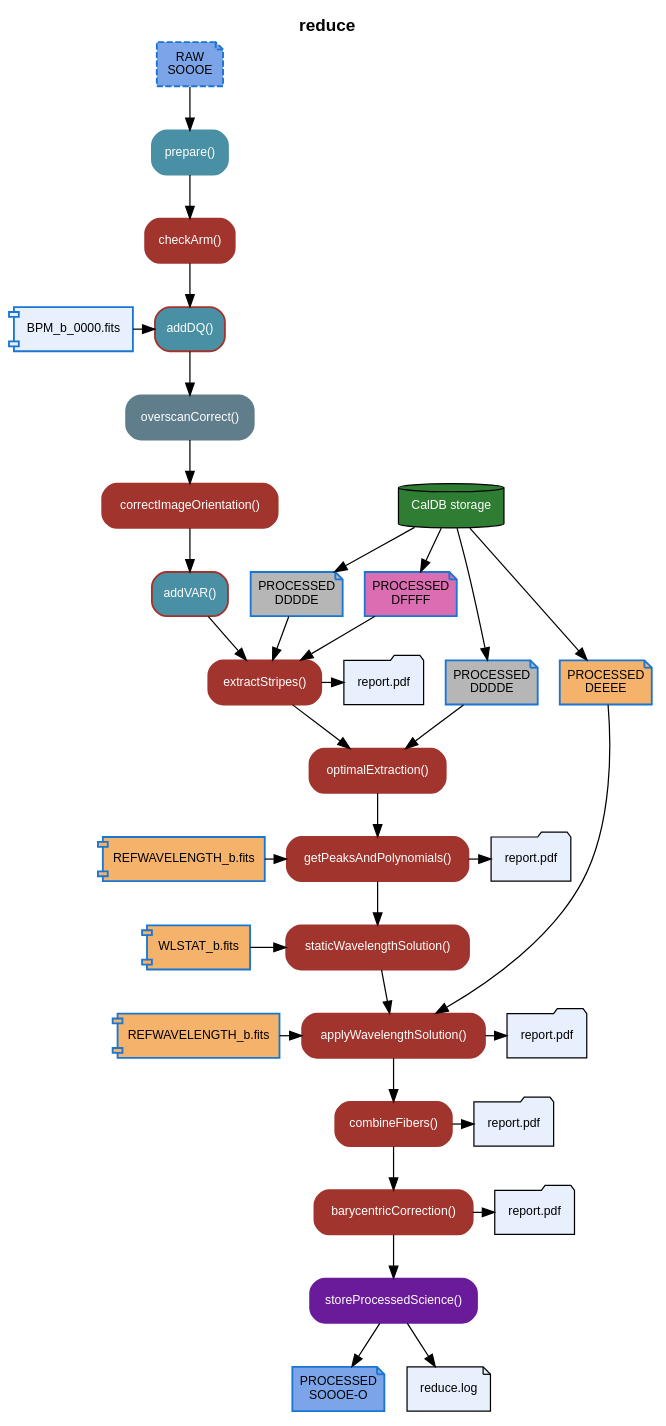
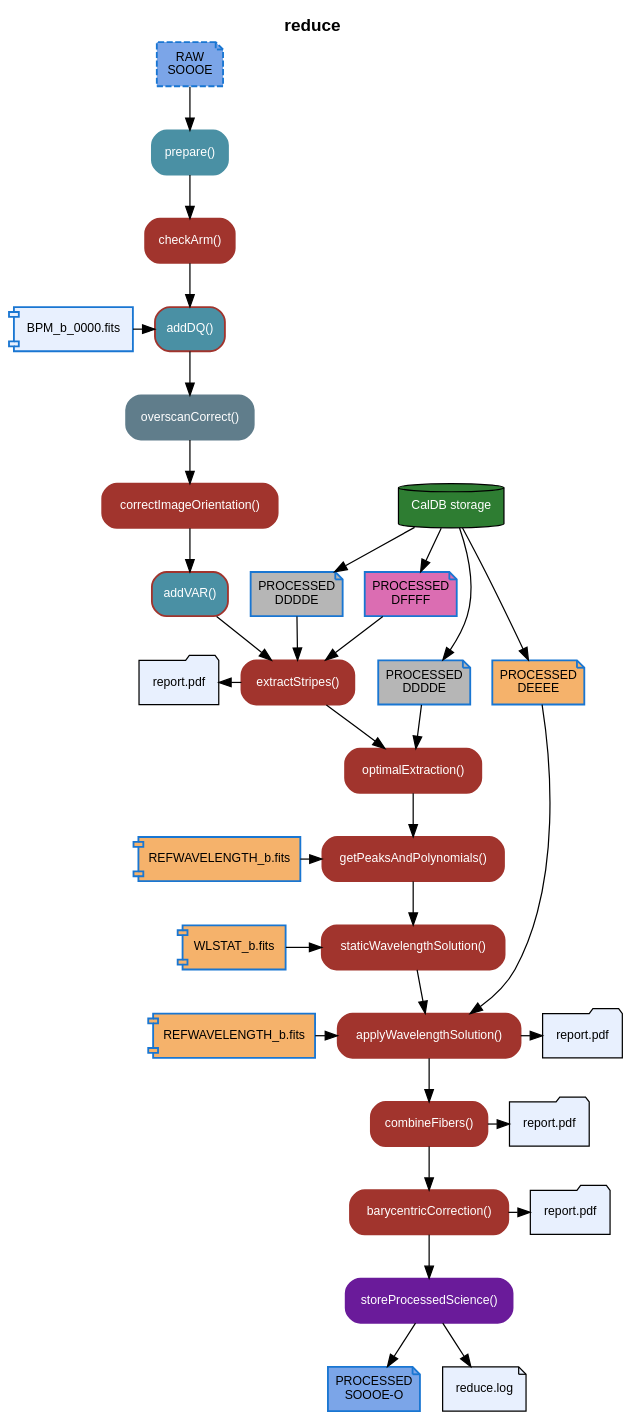
Before and after one commit to GeminiDRSoftware/MAROONXDR: the diagram in doc/progmanuals/MAROONXDR_ProgManual/flows/reduce.dot, drawn with Graphviz. The commit also changed 6 other files, not shown here.

```diff
--- a/doc/progmanuals/MAROONXDR_ProgManual/flows/reduce.dot
+++ b/doc/progmanuals/MAROONXDR_ProgManual/flows/reduce.dot
@@ -1,125 +1,123 @@
 // Flow diagram for the `reduce` recipe
 // (maroonxdr/maroonx/recipes/sq/recipes_ECHELLE_SPECT.py).
 //
 // Conventions follow flows/nodes.dot (the node catalog).
 
 digraph reduce {
     rankdir=TB;
     fontname="Helvetica";
     labelloc="t";
     label=<<b>reduce</b>>;
 
     node [fontname="Helvetica", fontsize=10];
     edge [fontname="Helvetica", fontsize=9];
 
     // =====================================================================
     // Nodes
     // =====================================================================
 
     // ---- FITS data products (note shape, arm-colored border) ------------
     node [shape=note, style=filled, fontcolor=black,
           color="#1976D2", penwidth=1.5];
 
     input [label="RAW\nSOOOE", fillcolor="#7BA5E8", style="filled,dashed"];
 
     caldb_read [label="CalDB storage",
                 shape=cylinder, fillcolor="#2E7D32",
                 fontcolor=white, color=black, penwidth=1];
 
     node [fontcolor=black];  // restore after cylinder one-off
     cal_flat         [label="PROCESSED\nDFFFF", fillcolor="#DB6DB2"];
     cal_dark_extract [label="PROCESSED\nDDDDE", fillcolor="#B6B6B6"];
     cal_dark_optimal [label="PROCESSED\nDDDDE", fillcolor="#B6B6B6"];
     cal_wavecal      [label="PROCESSED\nDEEEE", fillcolor="#F5B26B"];
 
     // ---- Lookup FITS (shipped with the package) -------------------------
     node [shape=component, style=filled];
     bpm         [label="BPM_b_0000.fits",      fillcolor="#e8f0fe"];
     refwl_peaks [label="REFWAVELENGTH_b.fits", fillcolor="#F5B26B"];
     wlstat      [label="WLSTAT_b.fits",        fillcolor="#F5B26B"];
     refwl_apply [label="REFWAVELENGTH_b.fits", fillcolor="#F5B26B"];
 
     // ---- Primitives (fill = defining class, maroon border = MX-owned) ---
     node [shape=box, style="rounded,filled", fontcolor=white];
     prepare                  [label="prepare()",                  fillcolor="#4A90A4", color="#4A90A4"];
     checkArm                 [label="checkArm()",                 fillcolor="#A1342D", color="#A1342D"];
     addDQ                    [label="addDQ()",                    fillcolor="#4A90A4", color="#A1342D"];
     overscanCorrect          [label="overscanCorrect()",          fillcolor="#607d8b", color="#607d8b"];
     correctImageOrientation  [label="correctImageOrientation()",  fillcolor="#A1342D", color="#A1342D"];
     addVAR                   [label="addVAR()",                   fillcolor="#4A90A4", color="#A1342D"];
     extractStripes           [label="extractStripes()",           fillcolor="#A1342D", color="#A1342D"];
     optimalExtraction        [label="optimalExtraction()",        fillcolor="#A1342D", color="#A1342D"];
     getPeaksAndPolynomials   [label="getPeaksAndPolynomials()",   fillcolor="#A1342D", color="#A1342D"];
     staticWavelengthSolution [label="staticWavelengthSolution()", fillcolor="#A1342D", color="#A1342D"];
     applyWavelengthSolution  [label="applyWavelengthSolution()",  fillcolor="#A1342D", color="#A1342D"];
     combineFibers            [label="combineFibers()",            fillcolor="#A1342D", color="#A1342D"];
     barycentricCorrection    [label="barycentricCorrection()",    fillcolor="#A1342D", color="#A1342D"];
     storeProcessedScience    [label="storeProcessedScience()",    fillcolor="#6a1b9a", color="#6a1b9a"];
 
     // ---- Diagnostic reports (all identical) ------------------------------
     node [shape=folder, style=filled, label="report.pdf",
           fillcolor="#e8f0fe", fontcolor=black, color=black, penwidth=1];
-    report_extract; report_peaks; report_apply; report_combine; report_barycor;
+    report_extract; report_apply; report_combine; report_barycor;
 
     // ---- Outputs (storeProcessedScience writes to CWD only, NOT CalDB) --
     node [shape=note, color="#1976D2", penwidth=1.5];
     output [label="PROCESSED\nSOOOE-O", fillcolor="#7BA5E8"];
     log    [label="reduce.log", fillcolor="#e8f0fe", color=black, penwidth=1];
 
     // =====================================================================
     // Edges
     // =====================================================================
 
     // ---- Main flow (spine) -----------------------------------------------
     input -> prepare -> checkArm -> addDQ -> overscanCorrect
           -> correctImageOrientation -> addVAR -> extractStripes
           -> optimalExtraction -> getPeaksAndPolynomials
           -> staticWavelengthSolution -> applyWavelengthSolution
           -> combineFibers -> barycentricCorrection -> storeProcessedScience;
 
     // ---- CalDB fetches (dark is re-fetched by optimalExtraction) ---------
     caldb_read -> cal_flat;
     caldb_read -> cal_dark_extract;
     caldb_read -> cal_dark_optimal;
     caldb_read -> cal_wavecal;
 
     cal_flat         -> extractStripes;
     cal_dark_extract -> extractStripes;
     cal_dark_optimal -> optimalExtraction;
     cal_wavecal      -> applyWavelengthSolution;
 
     // ---- Lookup attachments ----------------------------------------------
     bpm         -> addDQ;
     refwl_peaks -> getPeaksAndPolynomials;
     wlstat      -> staticWavelengthSolution;
     refwl_apply -> applyWavelengthSolution;
 
     // ---- Diagnostic reports ------------------------------------------------
-    extractStripes          -> report_extract;
-    getPeaksAndPolynomials  -> report_peaks;
+    report_extract          -> extractStripes [dir=back];
     applyWavelengthSolution -> report_apply;
     combineFibers           -> report_combine;
     barycentricCorrection   -> report_barycor;
 
     // ---- Outputs -----------------------------------------------------------
     storeProcessedScience -> output;
     storeProcessedScience -> log;
 
     // =====================================================================
     // LAYOUT ONLY — rank pinning and invisible alignment, no semantics
     // =====================================================================
     { rank=same; bpm; addDQ; }
     { rank=same; refwl_peaks; getPeaksAndPolynomials; }
     { rank=same; wlstat; staticWavelengthSolution; }
     { rank=same; refwl_apply; applyWavelengthSolution; }
-    { rank=same; extractStripes; report_extract; }
-    { rank=same; getPeaksAndPolynomials; report_peaks; }
+    { rank=same; report_extract; extractStripes; }
     { rank=same; applyWavelengthSolution; report_apply; }
     { rank=same; combineFibers; report_combine; }
     { rank=same; barycentricCorrection; report_barycor; }
 
     // Invisible vertical chain aligns the three wavelength lookups into a
     // single left-side column (refwl_peaks -> wlstat -> refwl_apply).
     refwl_peaks -> wlstat      [style=invis];
     wlstat      -> refwl_apply [style=invis];
 }
```
